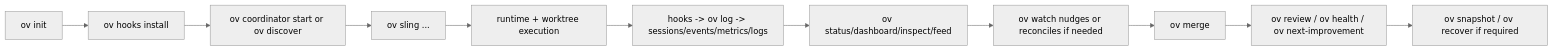
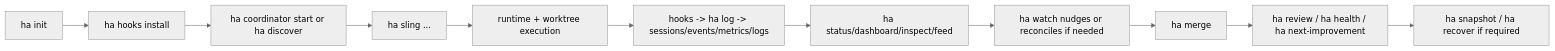
Before and after one commit to liker0704/haru: the ninth of 9 diagrams in docs/architecture/workflows.md, drawn with Mermaid (neutral theme). The commit also changed other lines of this file and 668 other files, not shown here.

````diff
--- a/docs/architecture/workflows.md
+++ b/docs/architecture/workflows.md
@@ -397,13 +397,13 @@
 ```mermaid
 flowchart LR
-    A["ov init"] --> B["ov hooks install"]
-    B --> C["ov coordinator start or ov discover"]
-    C --> D["ov sling ..."]
+    A["ha init"] --> B["ha hooks install"]
+    B --> C["ha coordinator start or ha discover"]
+    C --> D["ha sling ..."]
     D --> E["runtime + worktree execution"]
-    E --> F["hooks -> ov log -> sessions/events/metrics/logs"]
-    F --> G["ov status/dashboard/inspect/feed"]
-    G --> H["ov watch nudges or reconciles if needed"]
-    H --> I["ov merge"]
-    I --> J["ov review / ov health / ov next-improvement"]
-    J --> K["ov snapshot / ov recover if required"]
+    E --> F["hooks -> ha log -> sessions/events/metrics/logs"]
+    F --> G["ha status/dashboard/inspect/feed"]
+    G --> H["ha watch nudges or reconciles if needed"]
+    H --> I["ha merge"]
+    I --> J["ha review / ha health / ha next-improvement"]
+    J --> K["ha snapshot / ha recover if required"]
 ```
````
